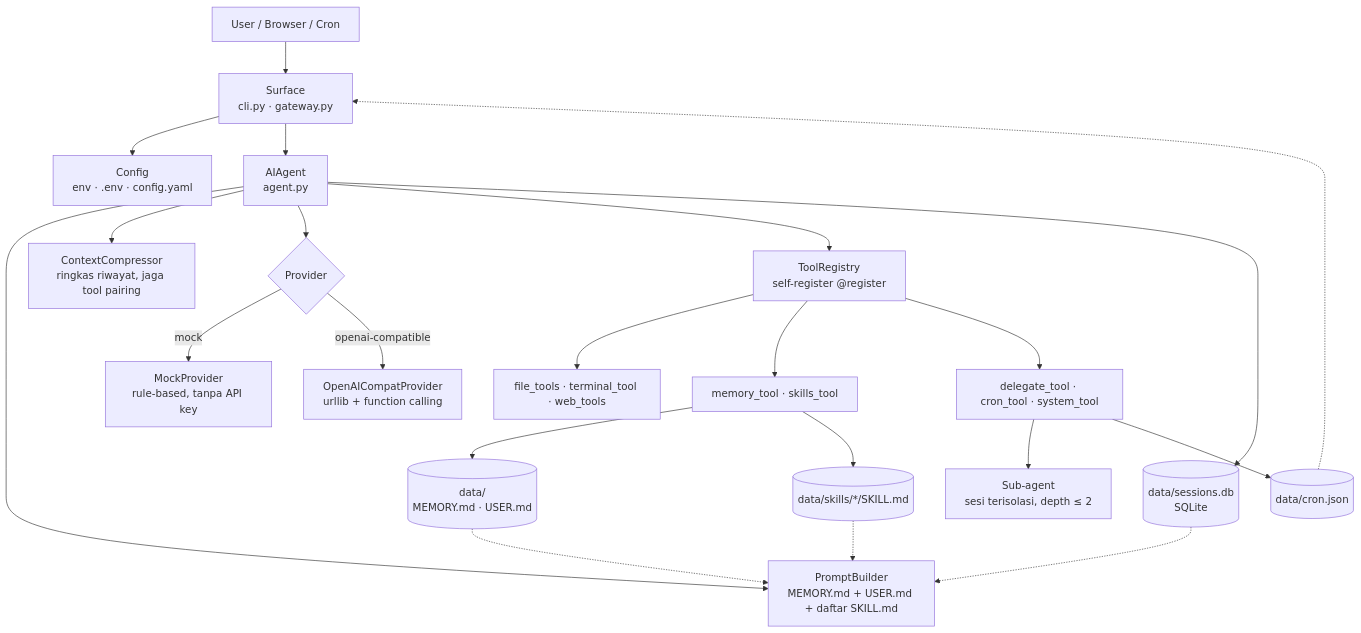
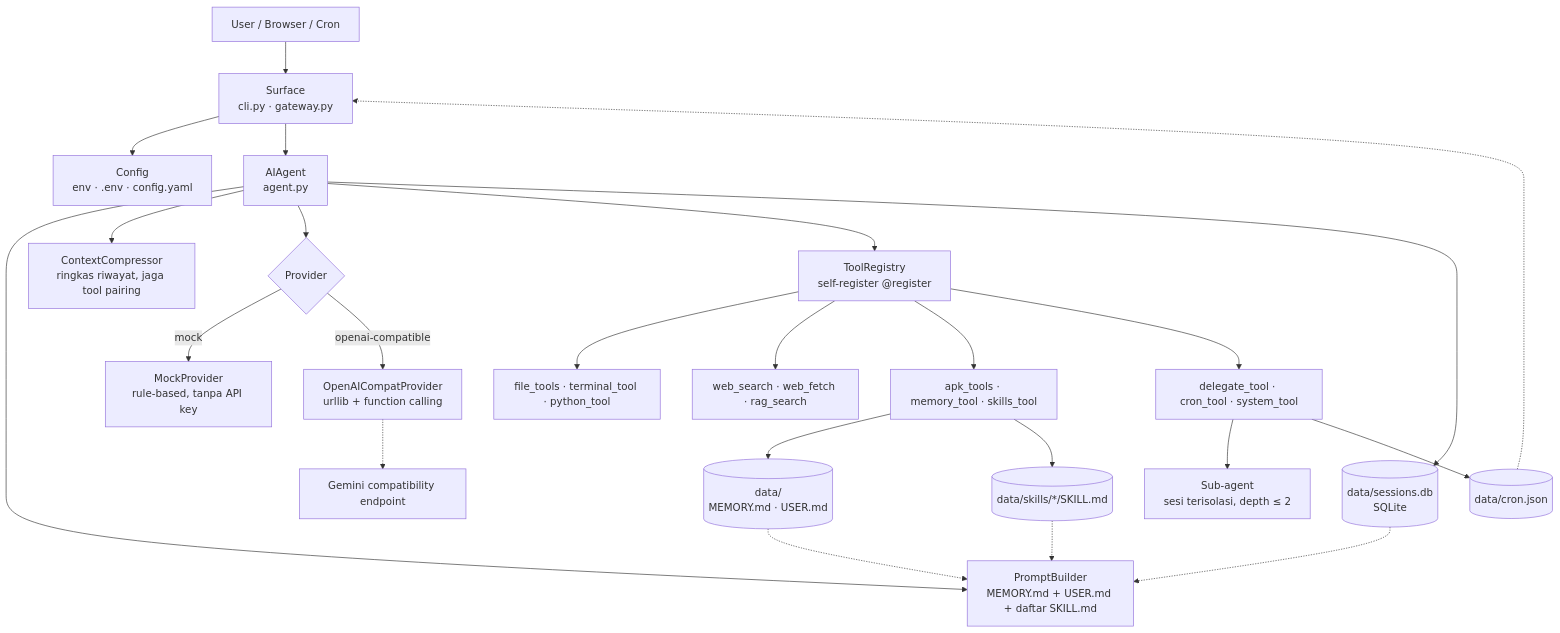
The first of 2 diagrams in docs/ARCHITECTURE.md (egandika/Laction), drawn with Mermaid before and after one commit. The commit also changed other lines of this file and 27 other files, not shown here.

Commit message:
Add local-first agent skills and capabilities

````diff
--- a/docs/ARCHITECTURE.md
+++ b/docs/ARCHITECTURE.md
@@ -23,28 +23,30 @@
 ```mermaid
 flowchart TB
     U[User / Browser / Cron] --> S[Surface<br/>cli.py · gateway.py]
     S --> C[Config<br/>env · .env · config.yaml]
     S --> A[AIAgent<br/>agent.py]
 
     A --> PB[PromptBuilder<br/>MEMORY.md + USER.md + daftar SKILL.md]
     A --> CC[ContextCompressor<br/>ringkas riwayat, jaga tool pairing]
     A --> P{Provider}
     P -->|mock| M[MockProvider<br/>rule-based, tanpa API key]
     P -->|openai-compatible| O[OpenAICompatProvider<br/>urllib + function calling]
+    O -.-> G[Gemini compatibility endpoint]
 
     A --> R[ToolRegistry<br/>self-register @register]
-    R --> T1[file_tools · terminal_tool · web_tools]
-    R --> T2[memory_tool · skills_tool]
-    R --> T3[delegate_tool · cron_tool · system_tool]
+    R --> T1[file_tools · terminal_tool · python_tool]
+    R --> T2[web_search · web_fetch · rag_search]
+    R --> T3[apk_tools · memory_tool · skills_tool]
+    R --> T4[delegate_tool · cron_tool · system_tool]
 
-    T2 --> MEM[(data/<br/>MEMORY.md · USER.md)]
-    T2 --> SK[(data/skills/*/SKILL.md)]
+    T3 --> MEM[(data/<br/>MEMORY.md · USER.md)]
+    T3 --> SK[(data/skills/*/SKILL.md)]
     A --> DB[(data/sessions.db<br/>SQLite)]
-    T3 --> SUB[Sub-agent<br/>sesi terisolasi, depth ≤ 2]
-    T3 --> CRON[(data/cron.json)]
+    T4 --> SUB[Sub-agent<br/>sesi terisolasi, depth ≤ 2]
+    T4 --> CRON[(data/cron.json)]
 
     MEM -.-> PB
     SK -.-> PB
     DB -.-> PB
     CRON -.-> S
 ```
````
